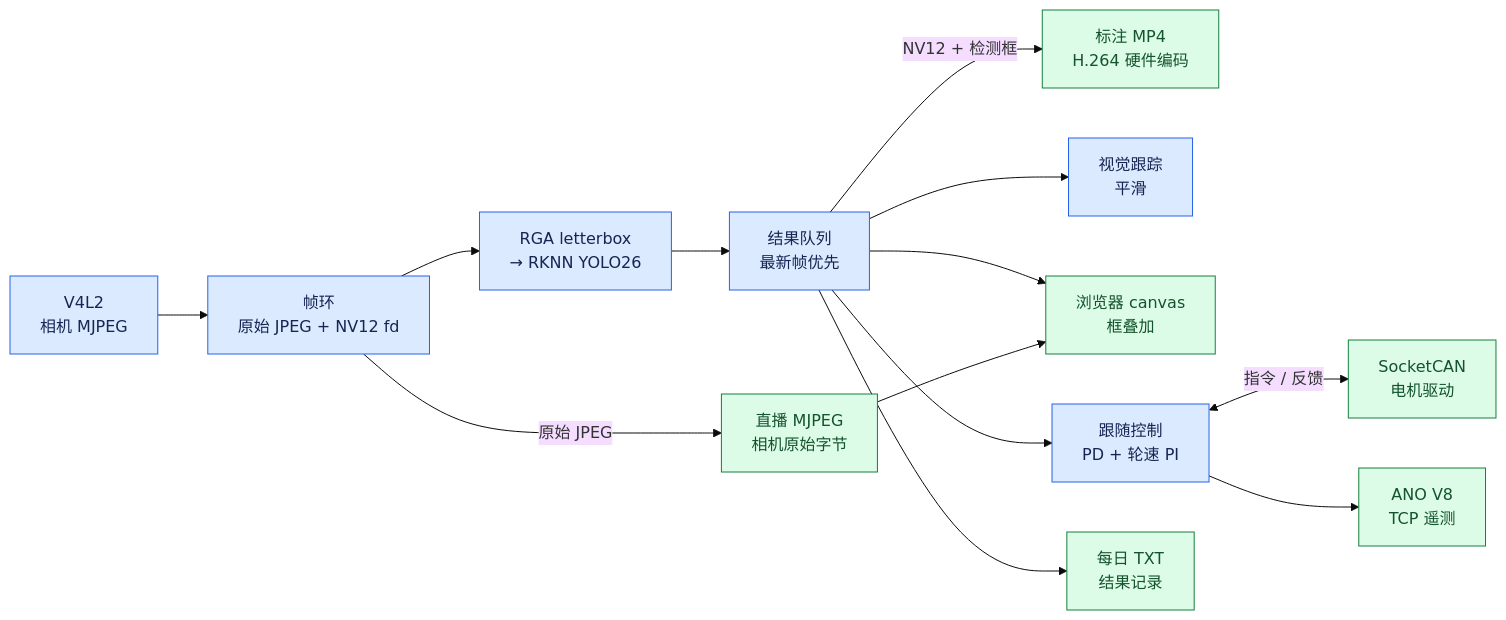
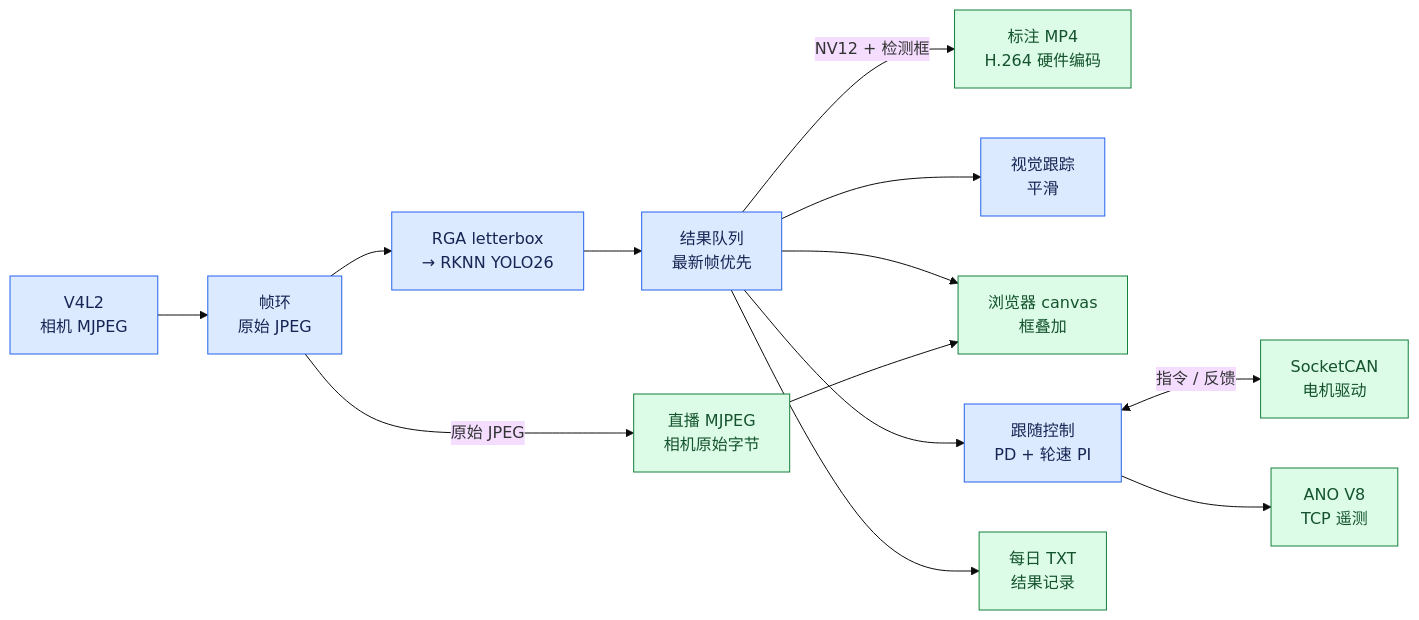
One commit to qianruo-orange/autonomous-driving-car changed the first of 6 diagrams in README.md. Above: the diagram before and after it, drawn with Mermaid (base theme). The commit also changed other lines of this file and 2 other files, not shown here.

````diff
--- a/README.md
+++ b/README.md
@@ -56,19 +56,19 @@
 ```mermaid
 flowchart LR
-    Camera["V4L2<br/>相机 MJPEG"] --> Ring["帧环<br/>原始 JPEG + NV12 fd"]
+    Camera["V4L2<br/>相机 MJPEG"] --> Ring["帧环<br/>原始 JPEG"]
     Ring --> YOLO["RGA letterbox<br/>→ RKNN YOLO26"]
     Ring -->|原始 JPEG| Video["直播 MJPEG<br/>相机原始字节"]
     YOLO --> Results["结果队列<br/>最新帧优先"]
     Results -->|NV12 + 检测框| Annot["标注 MP4<br/>H.264 硬件编码"]
     Results --> Track["视觉跟踪<br/>平滑"]
     Results --> Overlay["浏览器 canvas<br/>框叠加"]
     Video --> Overlay
     Results --> Follow["跟随控制<br/>PD + 轮速 PI"]
     Follow <-->|指令 / 反馈| CAN["SocketCAN<br/>电机驱动"]
     Results --> Reports["每日 TXT<br/>结果记录"]
     Follow --> ANO["ANO V8<br/>TCP 遥测"]
     classDef process fill:#dbeafe,stroke:#2563eb,color:#172554
     classDef output fill:#dcfce7,stroke:#15803d,color:#14532d
     class Camera,Ring,YOLO,Results,Track,Follow process
     class Video,Annot,Overlay,CAN,Reports,ANO output
 ```
````
